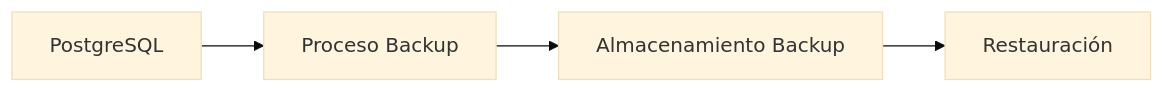
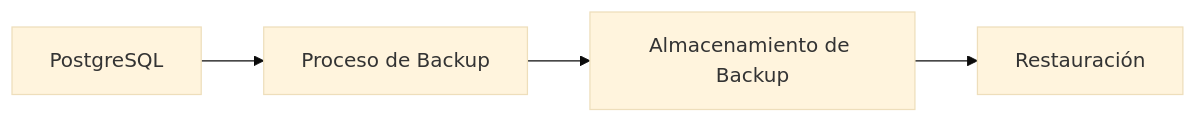
Diagram 28 of 30 in docs/050_BaseDatos.md (chirijose79-ui/Chiri), drawn with Mermaid (base theme) before and after one commit. The commit also changed other lines of this file, not shown here.

Commit message:
docs(database): finalize database architecture and rules

````diff
--- a/docs/050_BaseDatos.md
+++ b/docs/050_BaseDatos.md
@@ -3035,16 +3272,15 @@
-```mermaid id="6x8m3q"
+```mermaid id="x6q3mz"
 flowchart LR
 
     PostgreSQL["PostgreSQL"]
 
-    Backup["Proceso Backup"]
+    Backup["Proceso de Backup"]
 
-    Storage["Almacenamiento Backup"]
+    Storage["Almacenamiento de Backup"]
 
     Restore["Restauración"]
-
 
     PostgreSQL --> Backup
     Backup --> Storage
     Storage --> Restore
 ```
````
